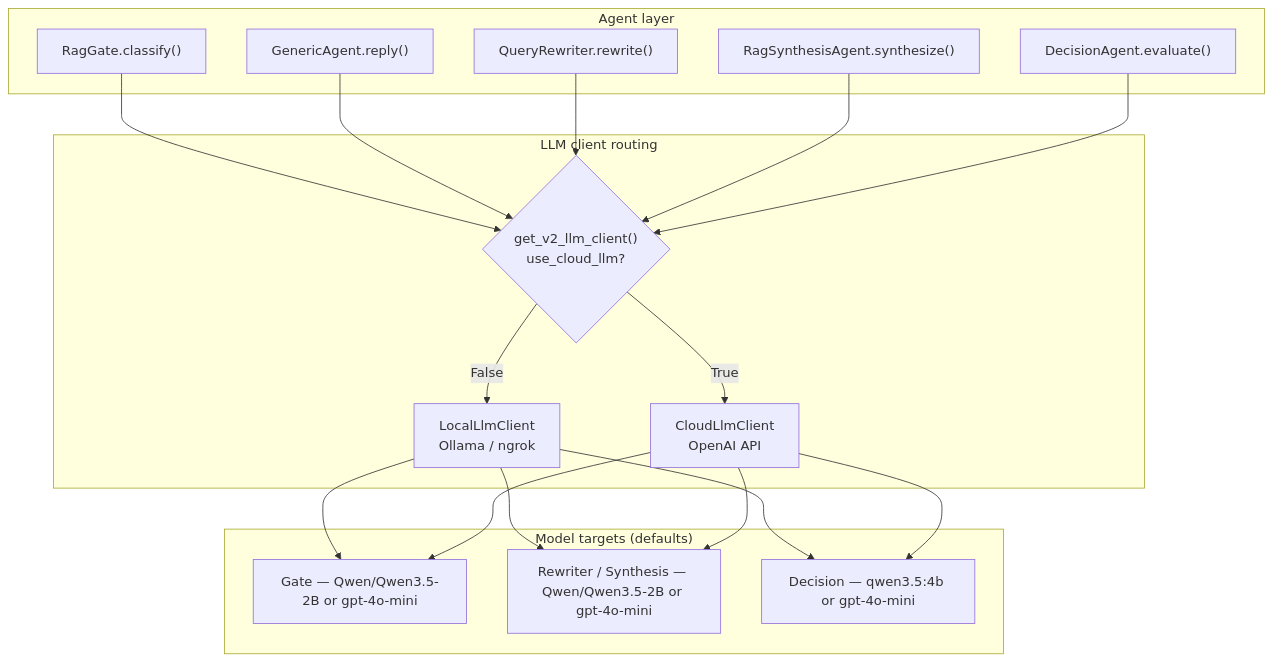
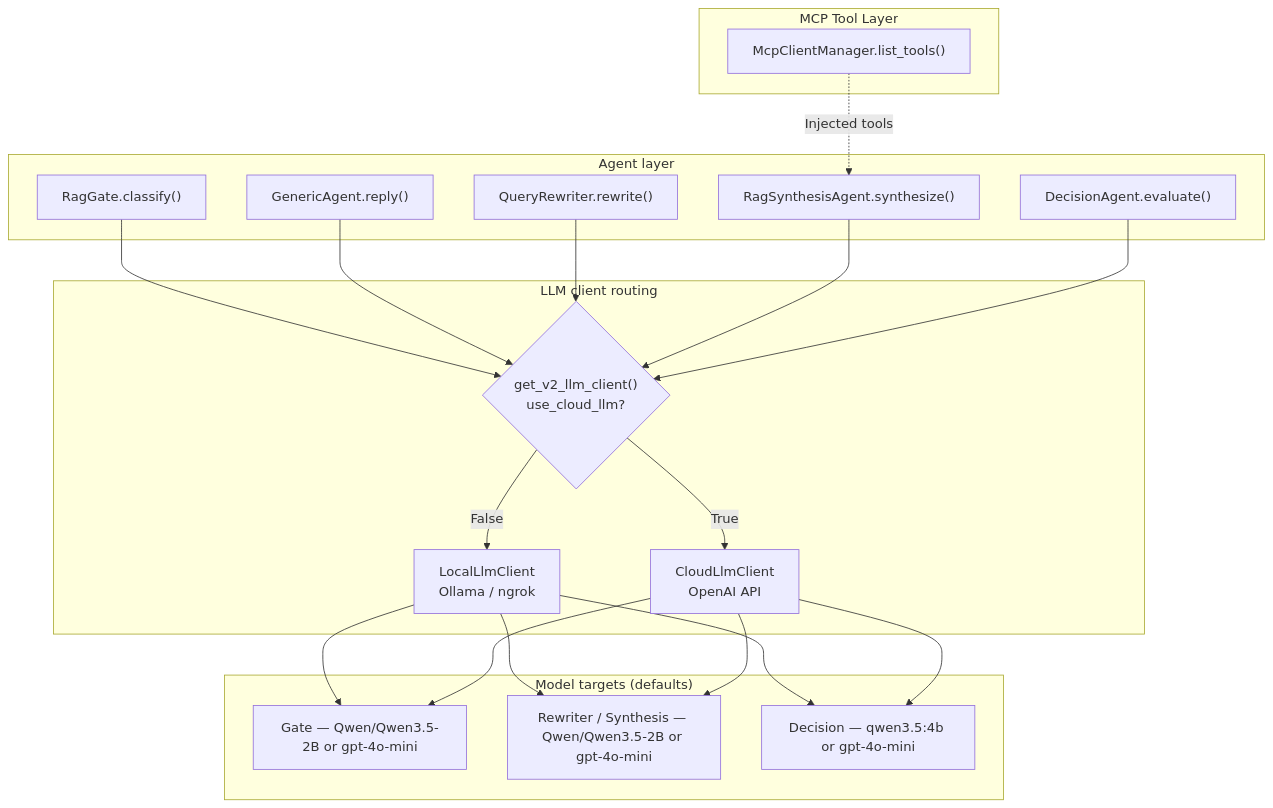
The fifth of 5 diagrams in docs/architecture/diagram.md (OmgItsAmmer/Scrutinize), drawn with Mermaid before and after one commit. The commit also changed other lines of this file and 56 other files, not shown here.

````diff
--- a/docs/architecture/diagram.md
+++ b/docs/architecture/diagram.md
@@ -213,38 +227,43 @@
 ```mermaid
 flowchart TD
     subgraph AgentLayer["Agent layer"]
         GATE_A["RagGate.classify()"]
         GEN_A["GenericAgent.reply()"]
         RW_A["QueryRewriter.rewrite()"]
         SYN_A["RagSynthesisAgent.synthesize()"]
         DEC_A["DecisionAgent.evaluate()"]
     end
 
     subgraph ClientRouting["LLM client routing"]
         CLIENT{"get_v2_llm_client()<br/>use_cloud_llm?"}
         LOCAL["LocalLlmClient<br/>Ollama / ngrok"]
         CLOUD["CloudLlmClient<br/>OpenAI API"]
     end
 
     subgraph Models["Model targets (defaults)"]
         M_GATE["Gate — Qwen/Qwen3.5-2B or gpt-4o-mini"]
         M_REWRITE["Rewriter / Synthesis — Qwen/Qwen3.5-2B or gpt-4o-mini"]
         M_DECISION["Decision — qwen3.5:4b or gpt-4o-mini"]
     end
 
+    subgraph MCPTools["MCP Tool Layer"]
+        MGR_T["McpClientManager.list_tools()"]
+    end
+
     GATE_A --> CLIENT
     GEN_A --> CLIENT
     RW_A --> CLIENT
     SYN_A --> CLIENT
     DEC_A --> CLIENT
+    MGR_T -.->|"Injected tools"| SYN_A
 
     CLIENT -->|"False"| LOCAL
     CLIENT -->|"True"| CLOUD
 
     LOCAL --> M_GATE
     LOCAL --> M_REWRITE
     LOCAL --> M_DECISION
     CLOUD --> M_GATE
     CLOUD --> M_REWRITE
     CLOUD --> M_DECISION
 ```
````
